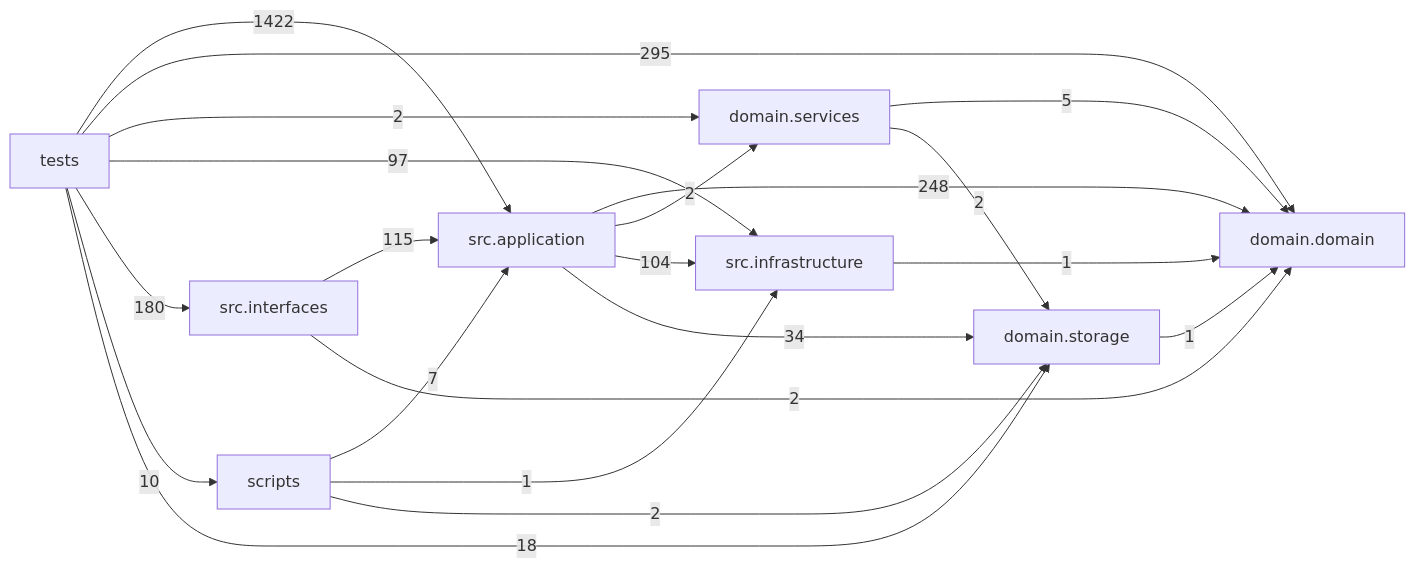
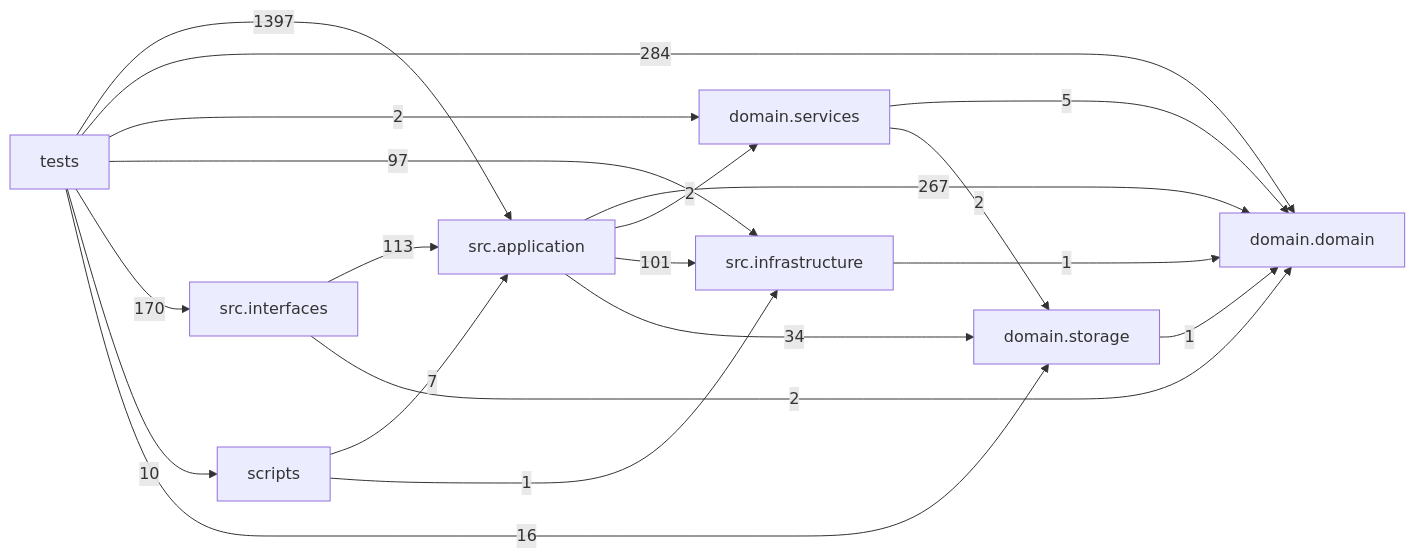
The diagram in docs/DEPENDENCY_GRAPH.md (liuxie066/options-monitor), drawn with Mermaid before and after one commit. The commit also changed other lines of this file and 159 other files, not shown here.

````diff
--- a/docs/DEPENDENCY_GRAPH.md
+++ b/docs/DEPENDENCY_GRAPH.md
@@ -24,31 +24,30 @@
 ```mermaid
 flowchart LR
   tests["tests"]
   scripts["scripts"]
   interfaces["src.interfaces"]
   application["src.application"]
   infrastructure["src.infrastructure"]
   domain_services["domain.services"]
   domain["domain.domain"]
   storage["domain.storage"]
-  application -->|248| domain
+  application -->|267| domain
   application -->|2| domain_services
-  application -->|104| infrastructure
+  application -->|101| infrastructure
   application -->|34| storage
   domain_services -->|5| domain
   domain_services -->|2| storage
   infrastructure -->|1| domain
-  interfaces -->|115| application
+  interfaces -->|113| application
   interfaces -->|2| domain
   scripts -->|7| application
   scripts -->|1| infrastructure
-  scripts -->|2| storage
   storage -->|1| domain
-  tests -->|1422| application
-  tests -->|295| domain
+  tests -->|1397| application
+  tests -->|284| domain
   tests -->|2| domain_services
   tests -->|97| infrastructure
-  tests -->|180| interfaces
+  tests -->|170| interfaces
   tests -->|10| scripts
-  tests -->|18| storage
+  tests -->|16| storage
 ```
````
